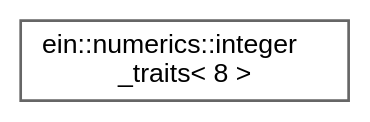
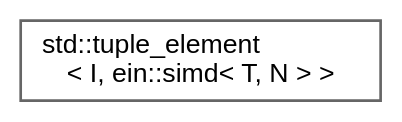
Before and after one commit to ekmett/ein: the diagram in inherit_graph_6.dot, drawn with Graphviz. The commit also changed 218 other files, not shown here.

```diff
--- a/inherit_graph_6.dot
+++ b/inherit_graph_6.dot
@@ -1,9 +1,9 @@
 digraph "Graphical Class Hierarchy"
 {
  // LATEX_PDF_SIZE
   bgcolor="transparent";
   edge [fontname=Helvetica,fontsize=10,labelfontname=Helvetica,labelfontsize=10];
   node [fontname=Helvetica,fontsize=10,shape=box,height=0.2,width=0.4];
   rankdir="LR";
-  Node0 [id="Node000000",label="ein::numerics::integer\l_traits\< 8 \>",height=0.2,width=0.4,color="grey40", fillcolor="white", style="filled",URL="$de/df9/namespaceein_1_1numerics.html#dc/d16/structein_1_1numerics_1_1integer__traits_3_018_01_4",tooltip=" "];
+  Node0 [id="Node000000",label="std::tuple_element\l\< I, ein::simd\< T, N \> \>",height=0.2,width=0.4,color="grey40", fillcolor="white", style="filled",URL="$d8/dcc/namespacestd.html#dc/d2d/structstd_1_1tuple__element_3_01_i_00_01ein_1_1simd_3_01_t_00_01_n_01_4_01_4",tooltip="needed to support for std::apply"];
 }
```
